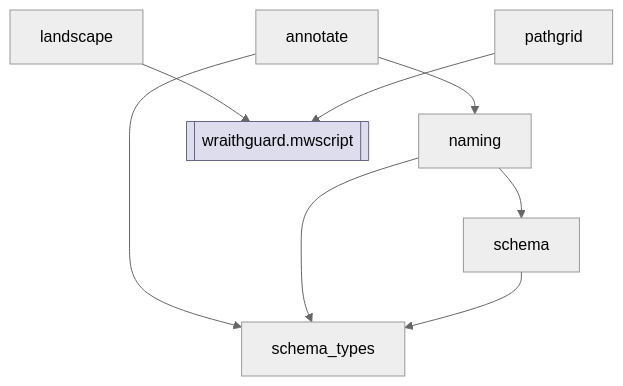
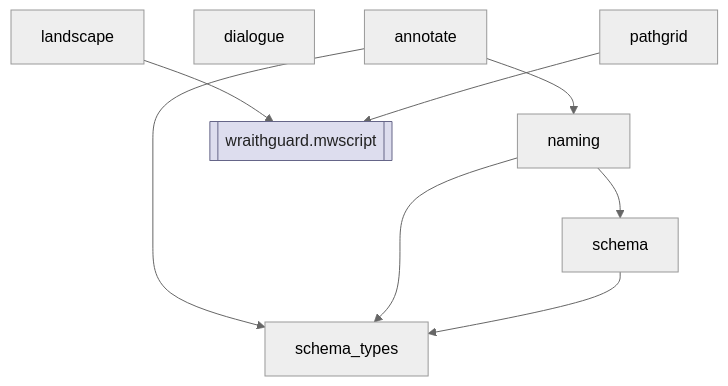
One commit to staticnation/WraithguardToolkit changed diagram 21 of 23 in art/AST-classes.md. Above: the diagram before and after it, drawn with Mermaid (neutral theme). The commit also changed other lines of this file and 25 other files, not shown here.

````diff
--- a/art/AST-classes.md
+++ b/art/AST-classes.md
@@ -679,18 +1327,19 @@
 ```mermaid
 flowchart TD
   n_wraithguard_tes3fields_annotate["annotate"]
+  n_wraithguard_tes3fields_dialogue["dialogue"]
   n_wraithguard_tes3fields_landscape["landscape"]
   n_wraithguard_tes3fields_naming["naming"]
   n_wraithguard_tes3fields_pathgrid["pathgrid"]
   n_wraithguard_tes3fields_schema["schema"]
   n_wraithguard_tes3fields_schema_types["schema_types"]
   n_wraithguard_tes3fields_annotate --> n_wraithguard_tes3fields_naming
   n_wraithguard_tes3fields_annotate --> n_wraithguard_tes3fields_schema_types
   n_PKG_wraithguard_mwscript[["wraithguard.mwscript"]]:::pkglink
   n_wraithguard_tes3fields_landscape --> n_PKG_wraithguard_mwscript
   n_wraithguard_tes3fields_naming --> n_wraithguard_tes3fields_schema
   n_wraithguard_tes3fields_naming --> n_wraithguard_tes3fields_schema_types
   n_wraithguard_tes3fields_pathgrid --> n_PKG_wraithguard_mwscript
   n_wraithguard_tes3fields_schema --> n_wraithguard_tes3fields_schema_types
-  classDef pkglink fill:#dde,stroke:#668
+  classDef pkglink fill:#dde,stroke:#668,color:#222
 ```
````
